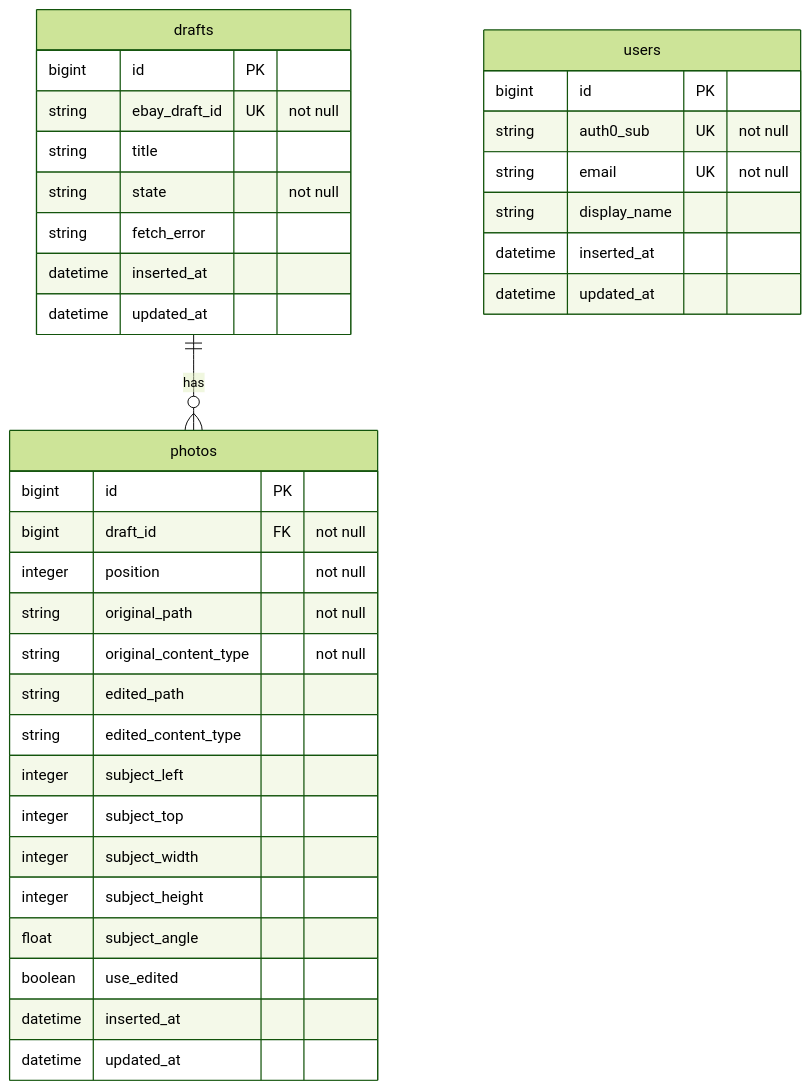
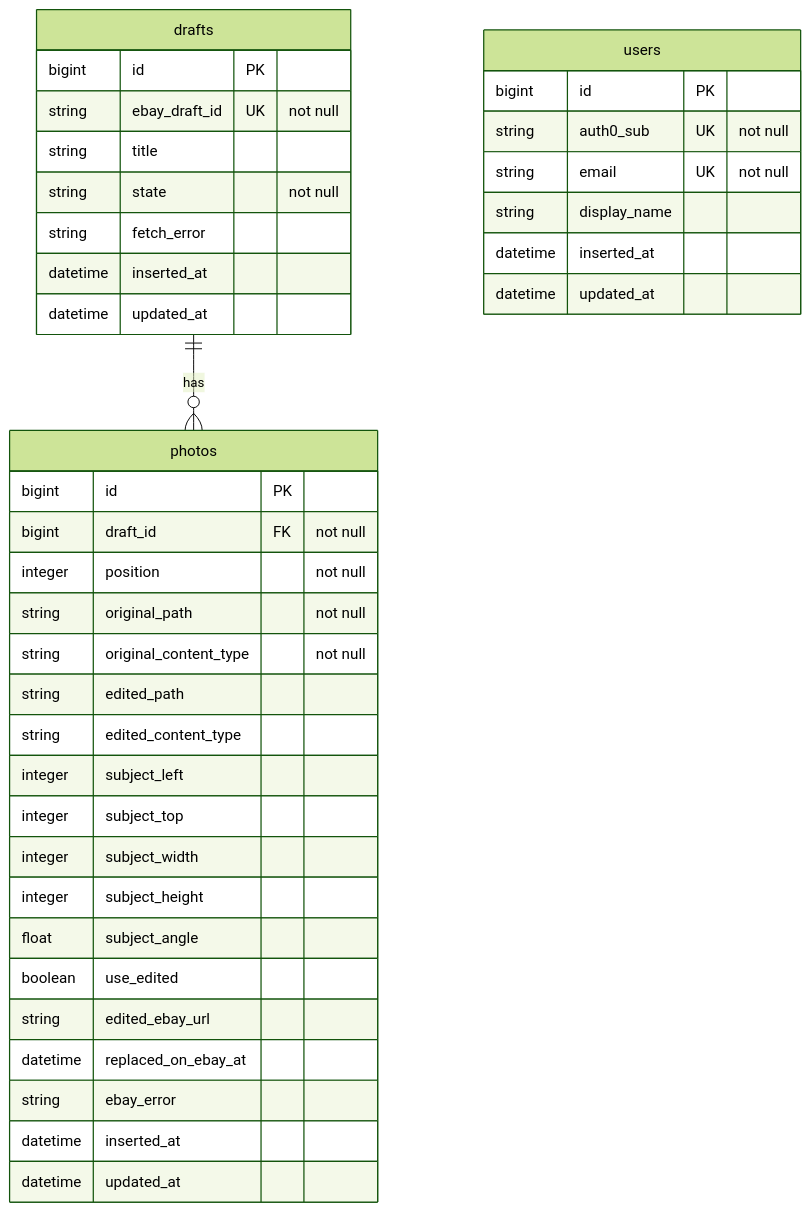
The diagram in docs/erd.md (dewetblomerus/flipper), drawn with Mermaid (forest theme) before and after one commit. The commit also changed other lines of this file and 14 other files, not shown here.

````diff
--- a/docs/erd.md
+++ b/docs/erd.md
@@ -7,41 +7,44 @@
 ```mermaid
 erDiagram
     drafts ||--o{ photos : has
 
     users {
         bigint id PK
         string auth0_sub UK "not null"
         string email UK "not null"
         string display_name
         datetime inserted_at
         datetime updated_at
     }
 
     drafts {
         bigint id PK
         string ebay_draft_id UK "not null"
         string title
         string state "not null"
         string fetch_error
         datetime inserted_at
         datetime updated_at
     }
 
     photos {
         bigint id PK
         bigint draft_id FK "not null"
         integer position "not null"
         string original_path "not null"
         string original_content_type "not null"
         string edited_path
         string edited_content_type
         integer subject_left
         integer subject_top
         integer subject_width
         integer subject_height
         float subject_angle
         boolean use_edited
+        string edited_ebay_url
+        datetime replaced_on_ebay_at
+        string ebay_error
         datetime inserted_at
         datetime updated_at
     }
 ```
````
